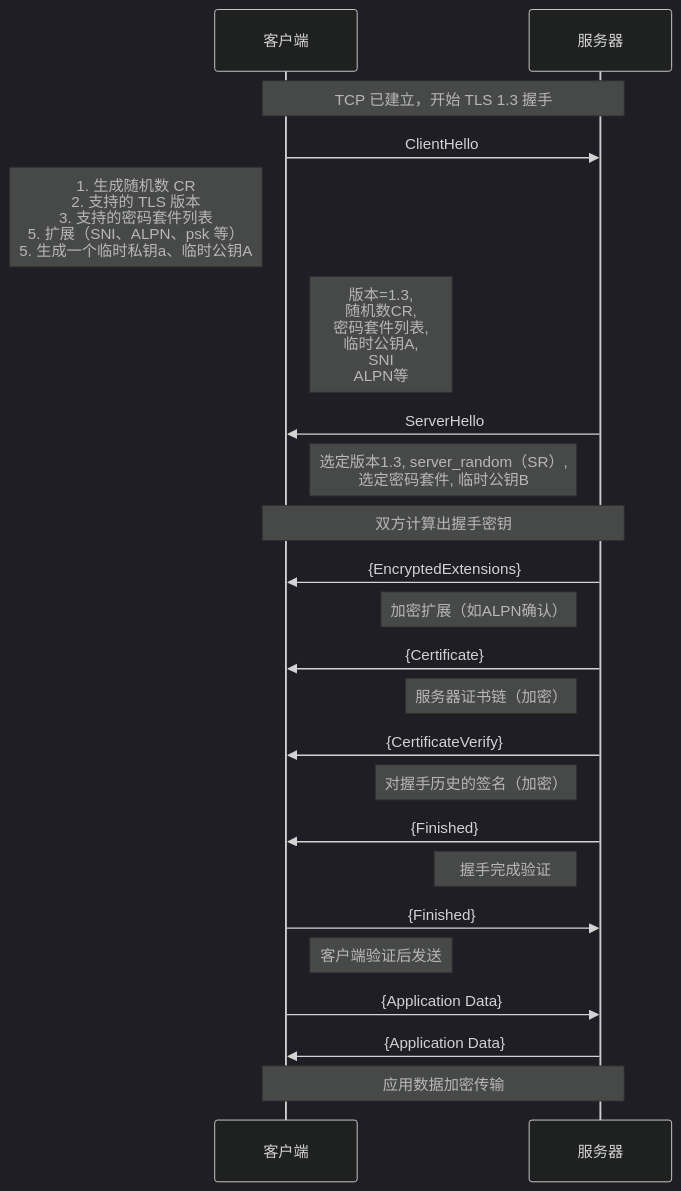
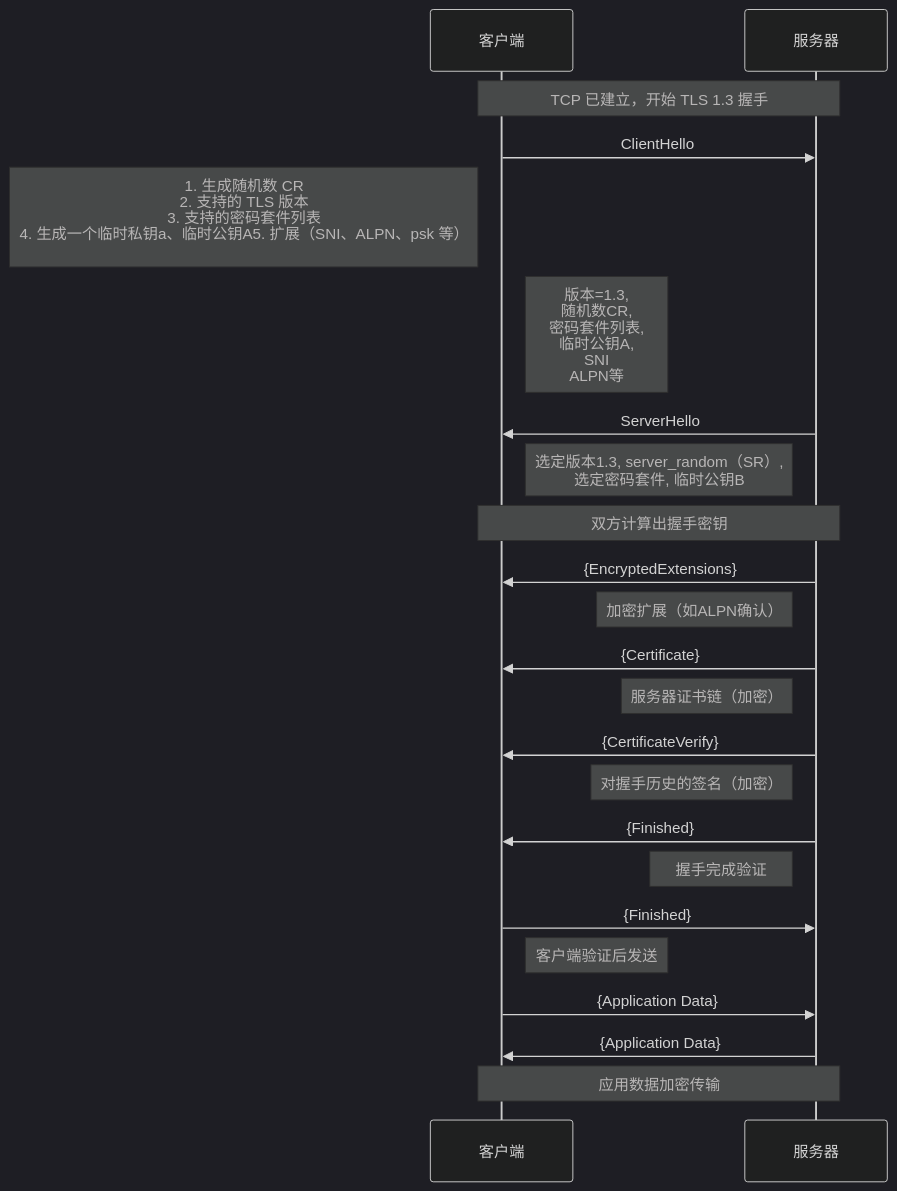
Before and after one commit to HY-10-8/iodraw-files: the diagram in all/TLS-1.3-通用.md, drawn with Mermaid (dark theme).

Commit message:
2026-03-30 17:59:23 update

````diff
--- a/all/TLS-1.3-通用.md
+++ b/all/TLS-1.3-通用.md
@@ -1,35 +1,35 @@
 ```mermaid
 sequenceDiagram
     participant C as 客户端
     participant S as 服务器
 
     Note over C,S: TCP 已建立，开始 TLS 1.3 握手
 
     C->>S: ClientHello
-    Note left of C: 1. 生成随机数 CR<br/> 2. 支持的 TLS 版本<br/> 3. 支持的密码套件列表<br/> 5. 扩展（SNI、ALPN、psk 等）<br/> 5. 生成一个临时私钥a、临时公钥A
+    Note left of C: 1. 生成随机数 CR<br/> 2. 支持的 TLS 版本<br/> 3. 支持的密码套件列表<br/> 4. 生成一个临时私钥a、临时公钥A5. 扩展（SNI、ALPN、psk 等）<br/> 
     Note right of C: 版本=1.3,<br/> 随机数CR,<br/> 密码套件列表,<br/> 临时公钥A,<br/> SNI<br/> ALPN等
 
     S->>C: ServerHello
     Note left of S: 选定版本1.3, server_random（SR）,<br/> 选定密码套件, 临时公钥B
 
     Note over C,S: 双方计算出握手密钥
 
     S->>C: {EncryptedExtensions}
     Note left of S: 加密扩展（如ALPN确认）
 
     S->>C: {Certificate}
     Note left of S: 服务器证书链（加密）
 
     S->>C: {CertificateVerify}
     Note left of S: 对握手历史的签名（加密）
 
     S->>C: {Finished}
     Note left of S: 握手完成验证
 
     C->>S: {Finished}
     Note right of C: 客户端验证后发送
 
     C->>S: {Application Data}
     S->>C: {Application Data}
     Note over C,S: 应用数据加密传输
 ```
````
